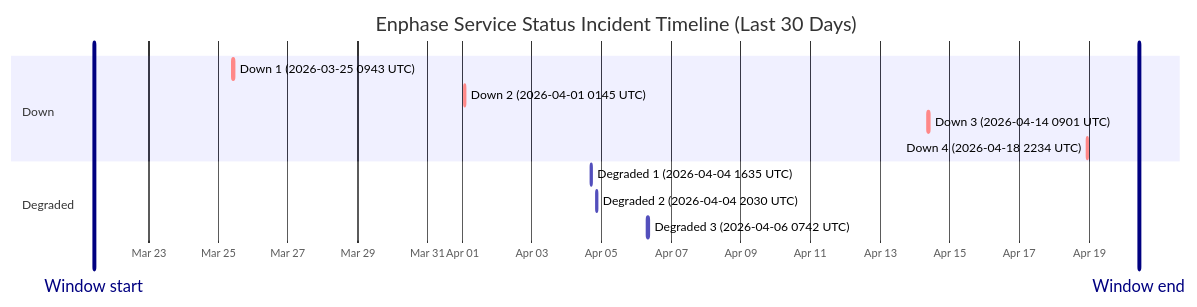
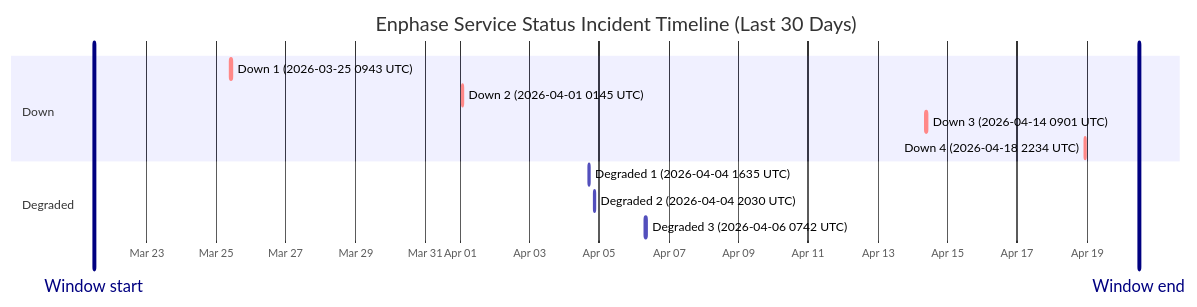
One commit to barneyonline/ha-enphase-ev-charger changed the diagram in wiki/Service-Status-History.md. Above: the diagram before and after it, drawn with Mermaid. The commit also changed other lines of this file and 3 other files, not shown here.

````diff
--- a/wiki/Service-Status-History.md
+++ b/wiki/Service-Status-History.md
@@ -14,17 +14,17 @@
 ```mermaid
 gantt
     title Enphase Service Status Incident Timeline (Last 30 Days)
     dateFormat  YYYY-MM-DDTHH:mm:ss
     axisFormat  %b %d
-    Window start :vert, window-start, 2026-03-21T10:14:51, 0ms
-    Window end :vert, window-end, 2026-04-20T10:14:51, 0ms
+    Window start :vert, window-start, 2026-03-21T11:51:19, 0ms
+    Window end :vert, window-end, 2026-04-20T11:51:19, 0ms
     section Down
     Down 1 (2026-03-25 0943 UTC) :crit, down-1, 2026-03-25T09:43:28, 111m
     Down 2 (2026-04-01 0145 UTC) :crit, down-2, 2026-04-01T01:45:09, 60m
     Down 3 (2026-04-14 0901 UTC) :crit, down-3, 2026-04-14T09:01:13, 60m
     Down 4 (2026-04-18 2234 UTC) :crit, down-4, 2026-04-18T22:34:13, 60m
     section Degraded
     Degraded 1 (2026-04-04 1635 UTC) :active, degraded-1, 2026-04-04T16:35:17, 60m
     Degraded 2 (2026-04-04 2030 UTC) :active, degraded-2, 2026-04-04T20:30:40, 60m
     Degraded 3 (2026-04-06 0742 UTC) :active, degraded-3, 2026-04-06T07:42:09, 85m
 ```
````
